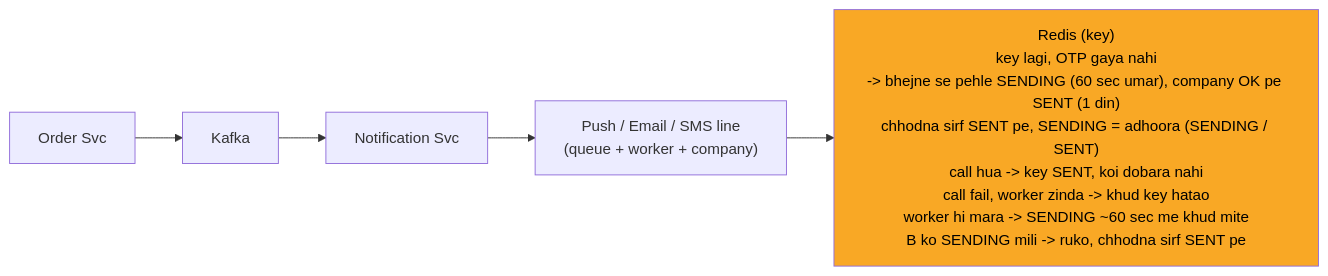
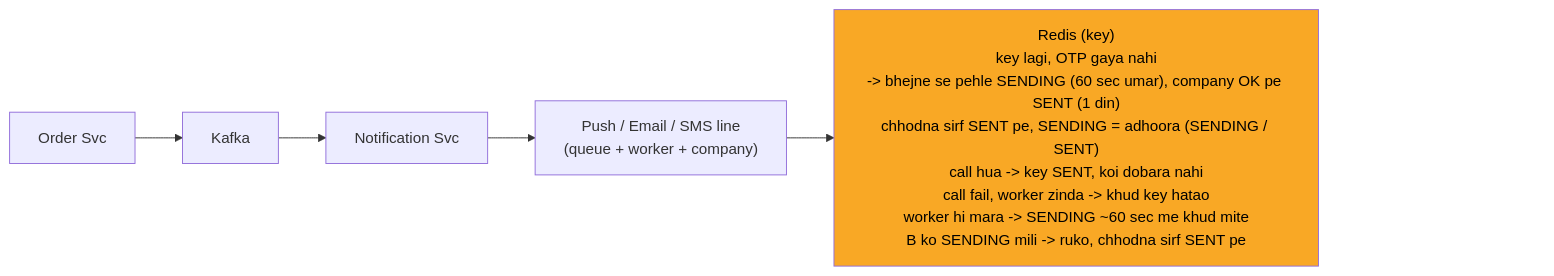
Before and after one commit to ArpanMaheshwari144/Prep: the fifth of 13 diagrams in 04_HLD/SYSTEM_DESIGNS/04_notification_system/04_notification_system.md, drawn with Mermaid. The commit also changed other lines of this file and 13 other files, not shown here.

Commit message:
hld 14 file: har diagram ke daayein andekha dabba, zoom button asli dabbe pe na aaye

````diff
--- a/04_HLD/SYSTEM_DESIGNS/04_notification_system/04_notification_system.md
+++ b/04_HLD/SYSTEM_DESIGNS/04_notification_system/04_notification_system.md
@@ -212,14 +224,17 @@
 ```mermaid
 %%{init: {"flowchart": {"wrappingWidth": 450}}}%%
 flowchart LR
     n_Order_Svc["Order Svc"]
     n_Kafka["Kafka"]
     n_Notification_Svc["Notification Svc"]
     n_LINES["Push / Email / SMS line<br/>(queue + worker + company)"]
     n_Redis["Redis (key)<br/>key lagi, OTP gaya nahi<br/>-> bhejne se pehle SENDING (60 sec umar), company OK pe SENT (1 din)<br/>chhodna sirf SENT pe, SENDING = adhoora (SENDING / SENT)<br/>call hua -> key SENT, koi dobara nahi<br/>call fail, worker zinda -> khud key hatao<br/>worker hi mara -> SENDING ~60 sec me khud mite<br/>B ko SENDING mili -> ruko, chhodna sirf SENT pe"]
     n_Order_Svc --> n_Kafka
     n_Kafka --> n_Notification_Svc
     n_Notification_Svc --> n_LINES
     n_LINES --> n_Redis
+    n_pad["xxxxxxxxxxxxxxxx"]
+    n_Redis ~~~ n_pad
     style n_Redis fill:#f9a825,color:#000
+    style n_pad fill:none,stroke:none,color:#ffffff00
 ```
````
